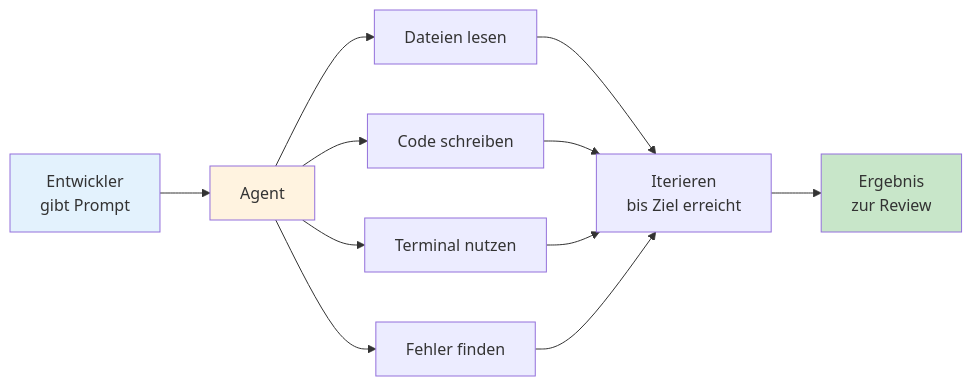
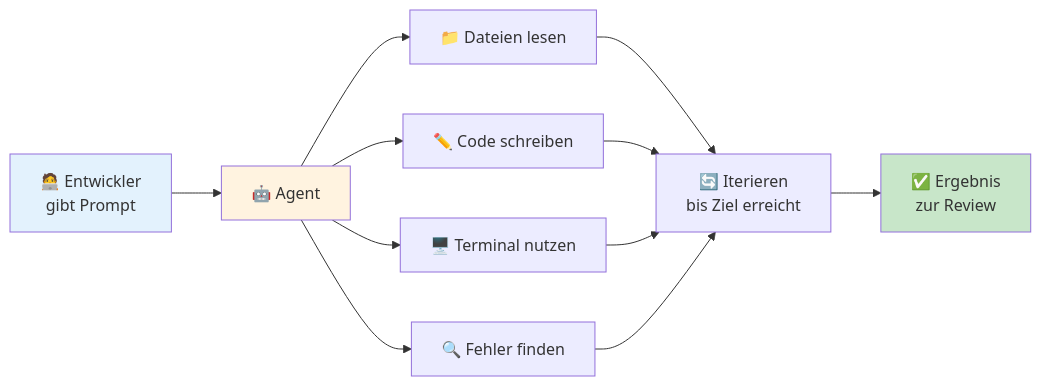
One commit to justinsz/ProPrompt changed the third of 3 diagrams in coders_de.md. Above: the diagram before and after it, drawn with Mermaid. The commit also changed other lines of this file and 11 other files, not shown here.

First line of the commit message:
Restore emojis in normal text, keep prompts clean, fix Mermaid syntax

````diff
--- a/coders_de.md
+++ b/coders_de.md
@@ -307,15 +307,15 @@
 ```mermaid
 flowchart LR
-    A[Entwickler<br/>gibt Prompt] --> B[Agent]
-    B --> C[Dateien lesen]
-    B --> D[Code schreiben]
-    B --> E[Terminal nutzen]
-    B --> F[Fehler finden]
+    A[🧑‍💻 Entwickler<br/>gibt Prompt] --> B[🤖 Agent]
+    B --> C[📁 Dateien lesen]
+    B --> D[✏️ Code schreiben]
+    B --> E[🖥️ Terminal nutzen]
+    B --> F[🔍 Fehler finden]
 
-    C & D & E & F --> G[Iterieren<br/>bis Ziel erreicht]
-    G --> H[Ergebnis<br/>zur Review]
+    C & D & E & F --> G[🔄 Iterieren<br/>bis Ziel erreicht]
+    G --> H[✅ Ergebnis<br/>zur Review]
 
     style A fill:#e3f2fd
     style B fill:#fff3e0
     style H fill:#c8e6c9
 ```
````
